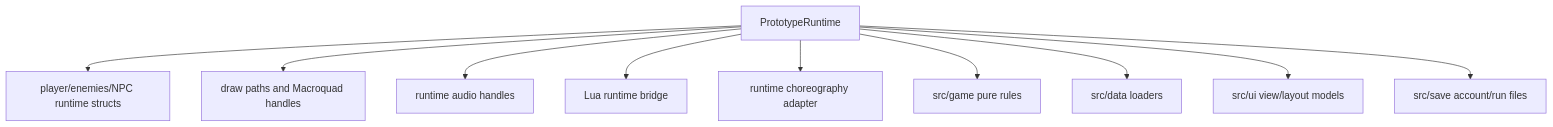
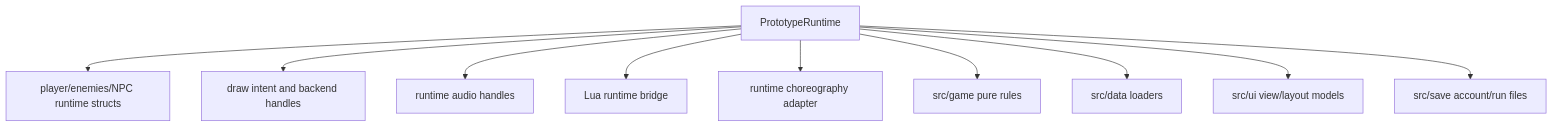
Before and after one commit to soulwax/EchoWiki: the third of 8 diagrams in src/content/docs/pages/architecture/inside-the-runtime.md, drawn with Mermaid. The commit also changed other lines of this file and 17 other files, not shown here.

````diff
--- a/src/content/docs/pages/architecture/inside-the-runtime.md
+++ b/src/content/docs/pages/architecture/inside-the-runtime.md
@@ -77,23 +83,23 @@
 ```mermaid
 flowchart TB
     runtime[PrototypeRuntime]
     player[player/enemies/NPC runtime structs]
-    draw[draw paths and Macroquad handles]
+    draw[draw intent and backend handles]
     audio[runtime audio handles]
     scripts[Lua runtime bridge]
     choreo[runtime choreography adapter]
     pure[src/game pure rules]
     data[src/data loaders]
     ui[src/ui view/layout models]
     save[src/save account/run files]
 
     runtime --> player
     runtime --> draw
     runtime --> audio
     runtime --> scripts
     runtime --> choreo
     runtime --> pure
     runtime --> data
     runtime --> ui
     runtime --> save
 ```
````
